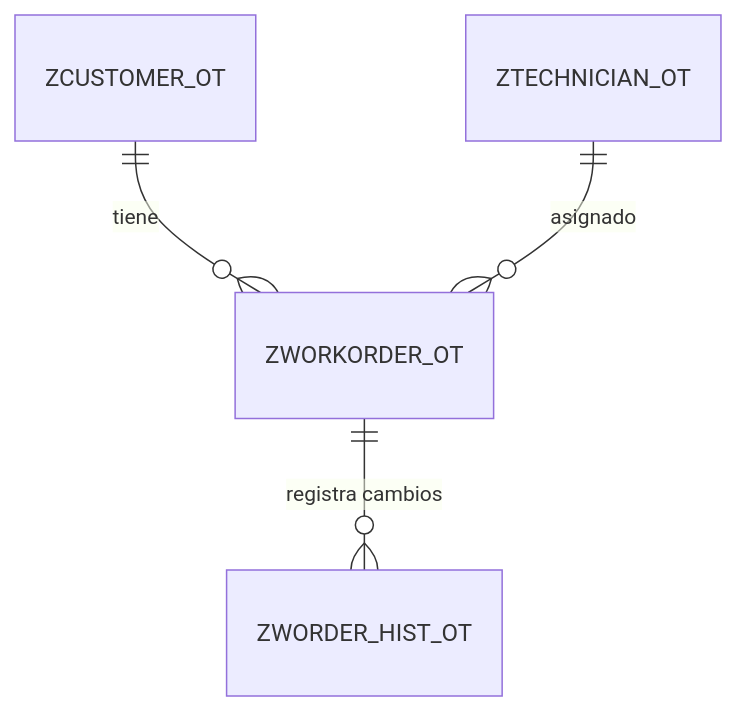
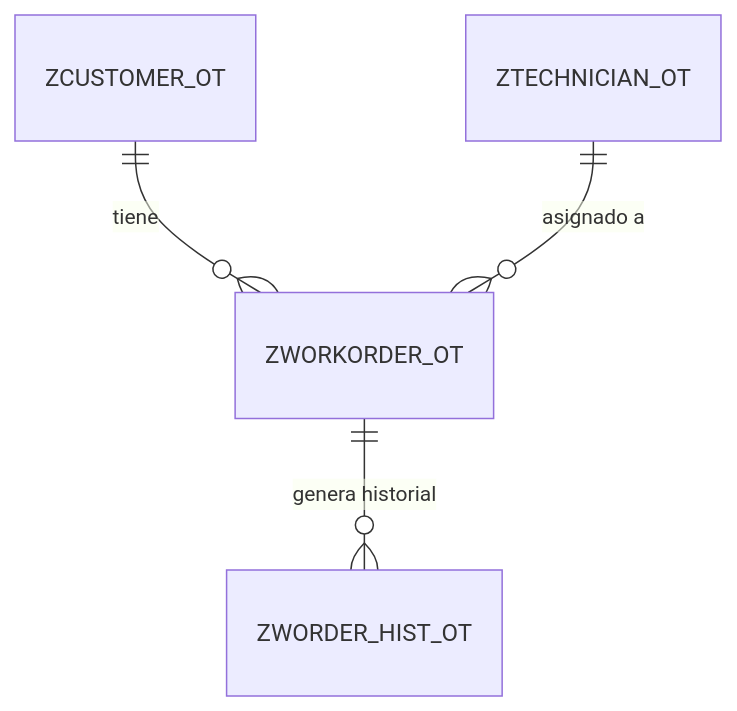
One commit to yesenia-zapata/abapGitProyectoFinal changed the diagram in README.md. Above: the diagram before and after it, drawn with Mermaid. The commit also changed other lines of this file, not shown here.

````diff
--- a/README.md
+++ b/README.md
@@ -28,6 +45,6 @@
 ```mermaid
 erDiagram
     ZCUSTOMER_OT ||--o{ ZWORKORDER_OT : "tiene"
-    ZTECHNICIAN_OT ||--o{ ZWORKORDER_OT : "asignado"
-    ZWORKORDER_OT ||--o{ ZWORDER_HIST_OT : "registra cambios"
+    ZTECHNICIAN_OT ||--o{ ZWORKORDER_OT : "asignado a"
+    ZWORKORDER_OT ||--o{ ZWORDER_HIST_OT : "genera historial"
 ```
````
